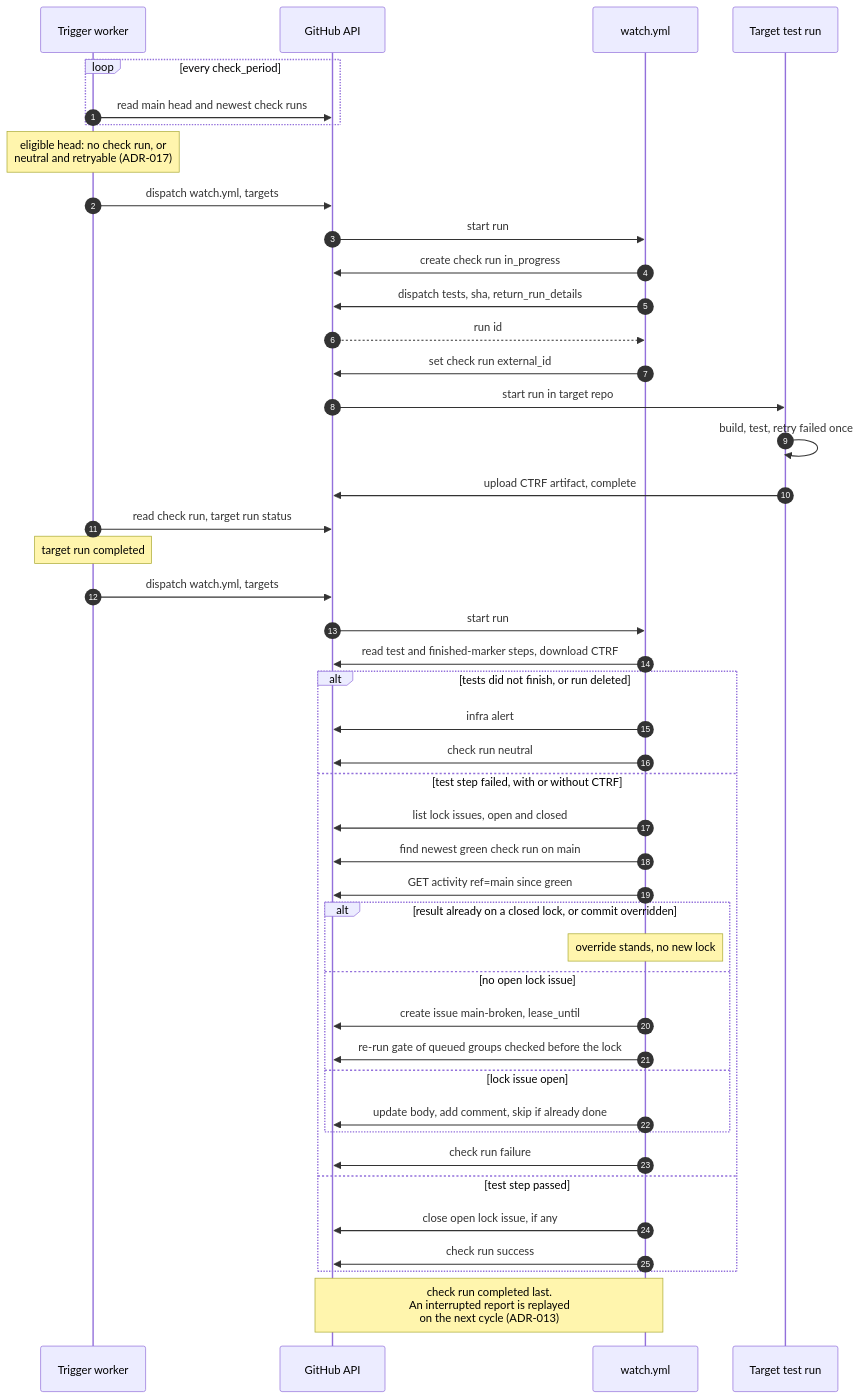
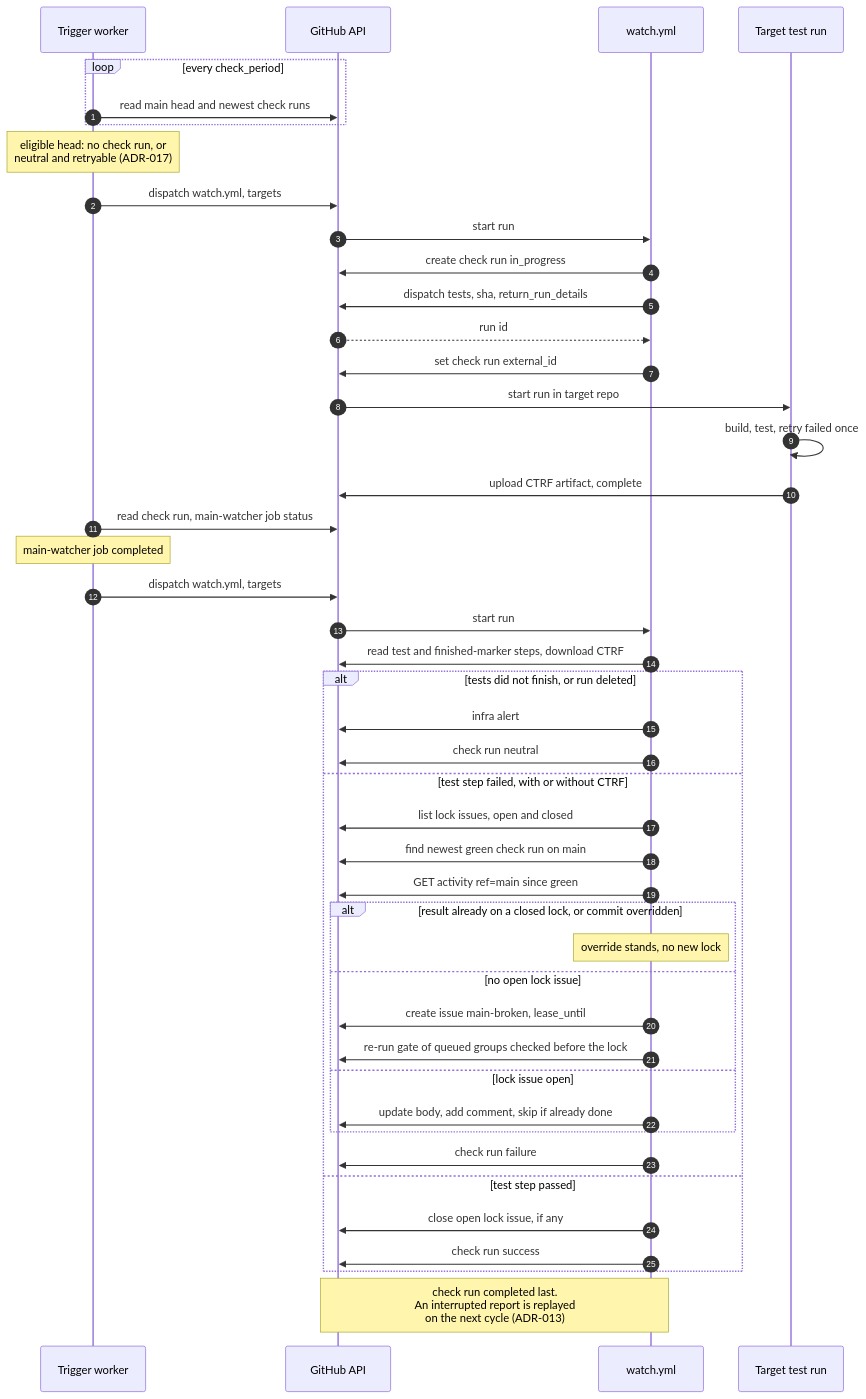
One commit to main-watcher-sandbox/main-watcher changed the third of 6 diagrams in docs/architecture/architecture.md. Above: the diagram before and after it, drawn with Mermaid. The commit also changed other lines of this file and 6 other files, not shown here.

First line of the commit message:
Tie reporting and staleness to the main-watcher job in ADR-013

````diff
--- a/docs/architecture/architecture.md
+++ b/docs/architecture/architecture.md
@@ -246,49 +246,49 @@
 ```mermaid
 %% name: seq-failure-to-lock
 sequenceDiagram
     autonumber
     participant W as Trigger worker
     participant GH as GitHub API
     participant WA as watch.yml
     participant T as Target test run
 
     loop every check_period
         W->>GH: read main head and newest check runs
     end
     Note over W: eligible head: no check run, or<br/>neutral and retryable (ADR-017)
     W->>GH: dispatch watch.yml, targets
     GH->>WA: start run
     WA->>GH: create check run in_progress
     WA->>GH: dispatch tests, sha, return_run_details
     GH-->>WA: run id
     WA->>GH: set check run external_id
     GH->>T: start run in target repo
     T->>T: build, test, retry failed once
     T->>GH: upload CTRF artifact, complete
-    W->>GH: read check run, target run status
-    Note over W: target run completed
+    W->>GH: read check run, main-watcher job status
+    Note over W: main-watcher job completed
     W->>GH: dispatch watch.yml, targets
     GH->>WA: start run
     WA->>GH: read test and finished-marker steps, download CTRF
     alt tests did not finish, or run deleted
         WA->>GH: infra alert
         WA->>GH: check run neutral
     else test step failed, with or without CTRF
         WA->>GH: list lock issues, open and closed
         WA->>GH: find newest green check run on main
         WA->>GH: GET activity ref=main since green
         alt result already on a closed lock, or commit overridden
             Note over WA: override stands, no new lock
         else no open lock issue
             WA->>GH: create issue main-broken, lease_until
             WA->>GH: re-run gate of queued groups checked before the lock
         else lock issue open
             WA->>GH: update body, add comment, skip if already done
         end
         WA->>GH: check run failure
     else test step passed
         WA->>GH: close open lock issue, if any
         WA->>GH: check run success
     end
     Note over WA,GH: check run completed last.<br/>An interrupted report is replayed<br/>on the next cycle (ADR-013)
 ```
````
